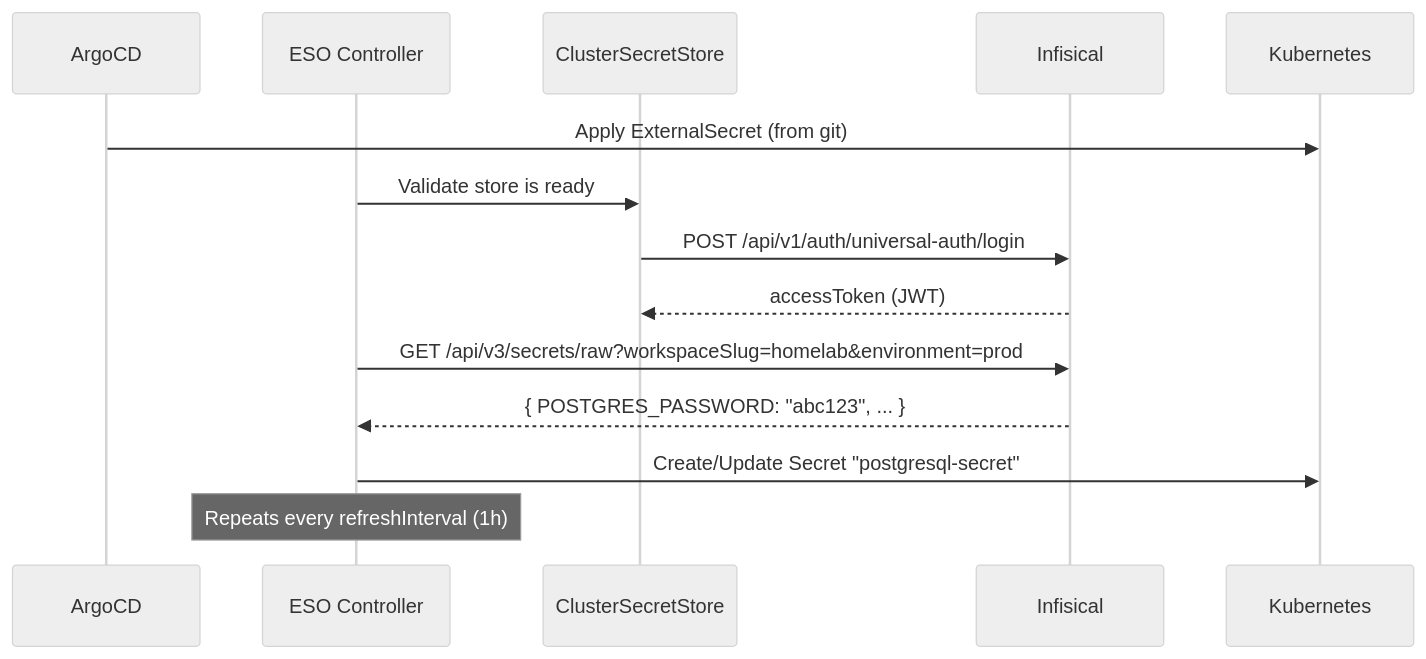
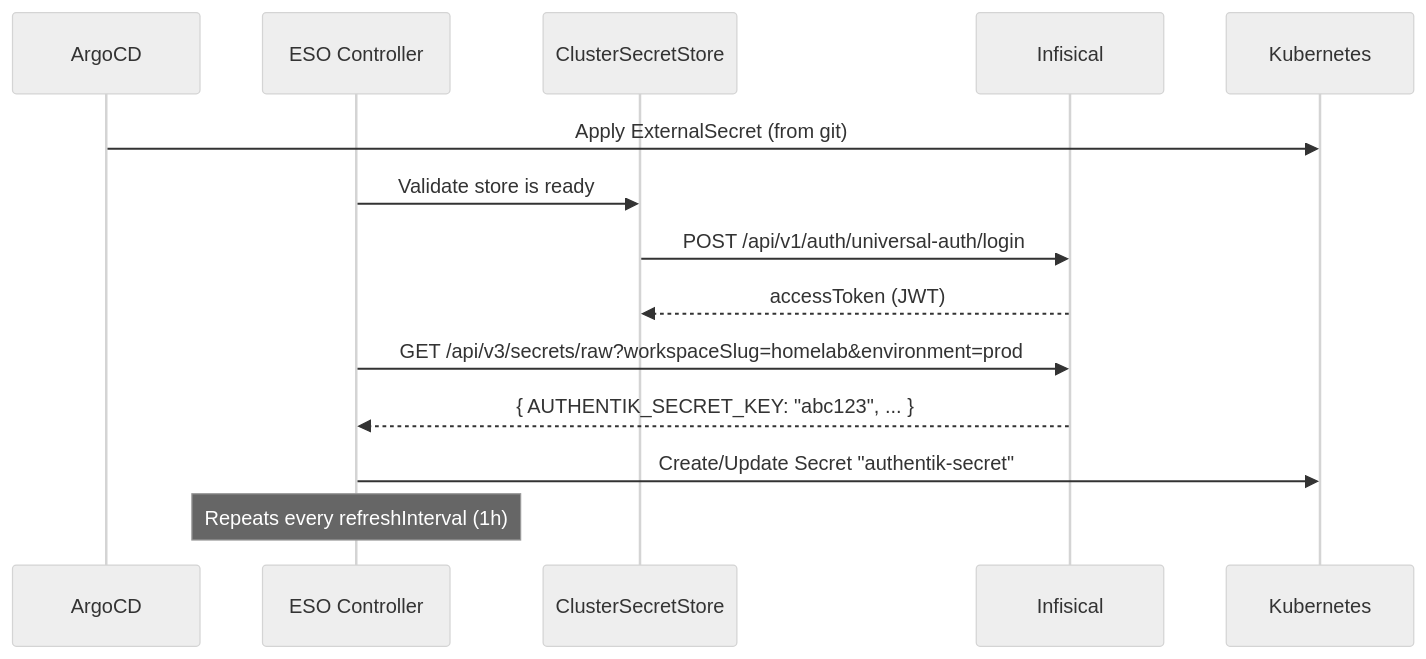
One commit to haingth77/homelab changed the third of 4 diagrams in docs/secret-management.md. Above: the diagram before and after it, drawn with Mermaid (neutral theme). The commit also changed other lines of this file and 10 other files, not shown here.

````diff
--- a/docs/secret-management.md
+++ b/docs/secret-management.md
@@ -126,17 +127,17 @@
 ```mermaid
 sequenceDiagram
     participant ArgoCD
     participant ESO as ESO Controller
     participant CSS as ClusterSecretStore
     participant Infisical
     participant K8s as Kubernetes
 
     ArgoCD->>K8s: Apply ExternalSecret (from git)
     ESO->>CSS: Validate store is ready
     CSS->>Infisical: POST /api/v1/auth/universal-auth/login
     Infisical-->>CSS: accessToken (JWT)
     ESO->>Infisical: GET /api/v3/secrets/raw?workspaceSlug=homelab&environment=prod
-    Infisical-->>ESO: { POSTGRES_PASSWORD: "abc123", ... }
-    ESO->>K8s: Create/Update Secret "postgresql-secret"
+    Infisical-->>ESO: { AUTHENTIK_SECRET_KEY: "abc123", ... }
+    ESO->>K8s: Create/Update Secret "authentik-secret"
     Note over ESO: Repeats every refreshInterval (1h)
 ```
````
